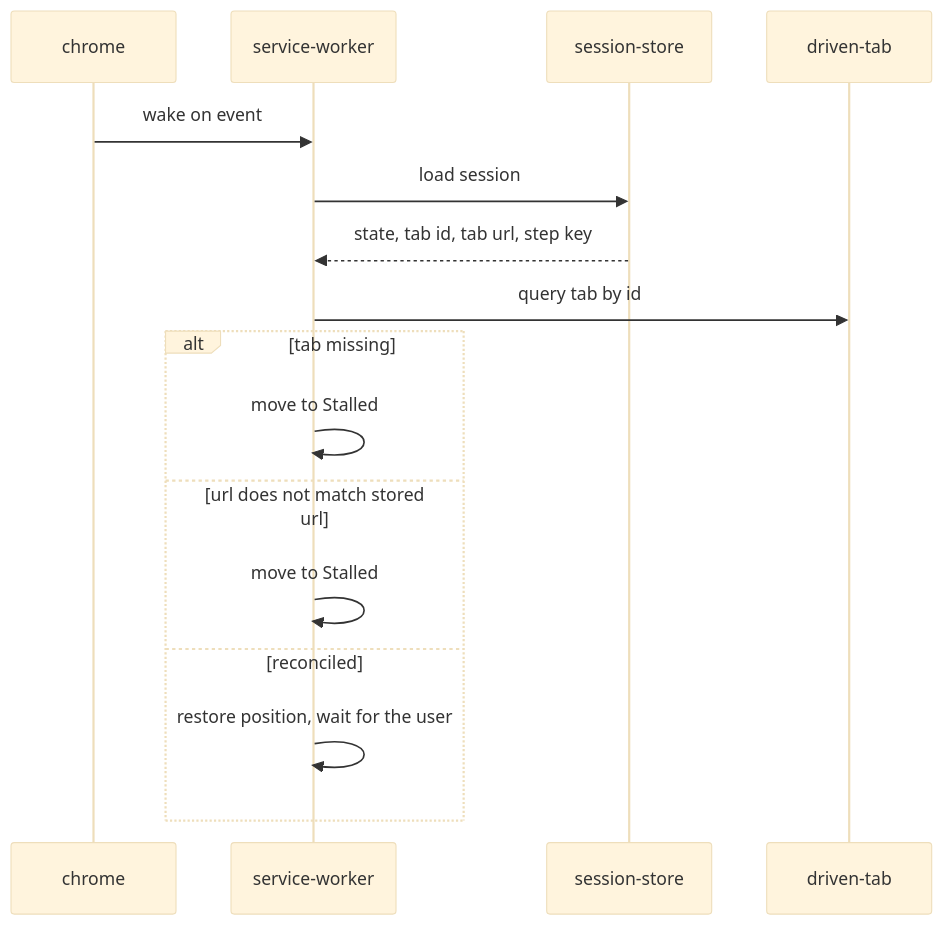
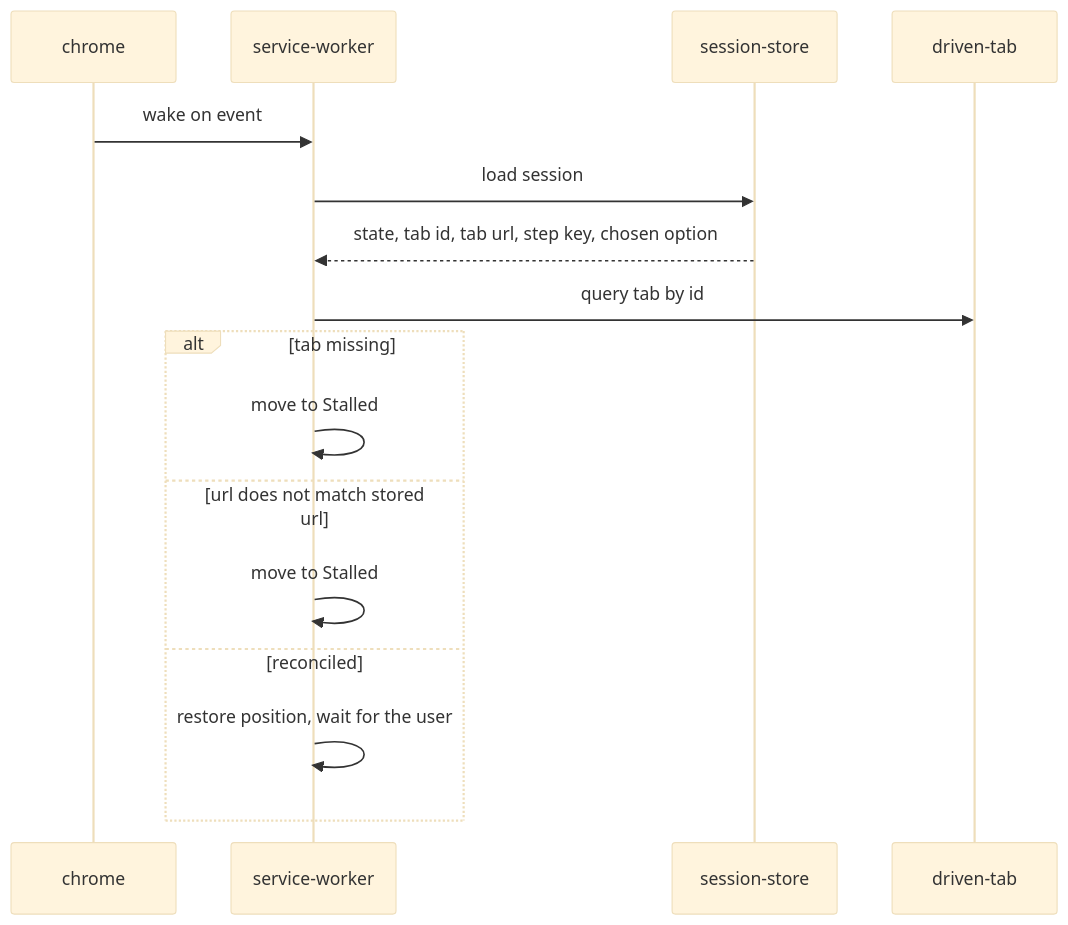
One commit to jacklvd/boomerang changed the tenth of 14 diagrams in design/boomerang-low-level-design.md. Above: the diagram before and after it, drawn with Mermaid (base theme). The commit also changed other lines of this file and 22 other files, not shown here.

````diff
--- a/design/boomerang-low-level-design.md
+++ b/design/boomerang-low-level-design.md
@@ -1043,19 +1056,19 @@
 ```mermaid
 sequenceDiagram
     participant CH as chrome
     participant SW as service-worker
     participant SS as session-store
     participant T as driven-tab
 
     CH->>SW: wake on event
     SW->>SS: load session
-    SS-->>SW: state, tab id, tab url, step key
+    SS-->>SW: state, tab id, tab url, step key, chosen option
     SW->>T: query tab by id
     alt tab missing
         SW->>SW: move to Stalled
     else url does not match stored url
         SW->>SW: move to Stalled
     else reconciled
         SW->>SW: restore position, wait for the user
     end
 ```
````
